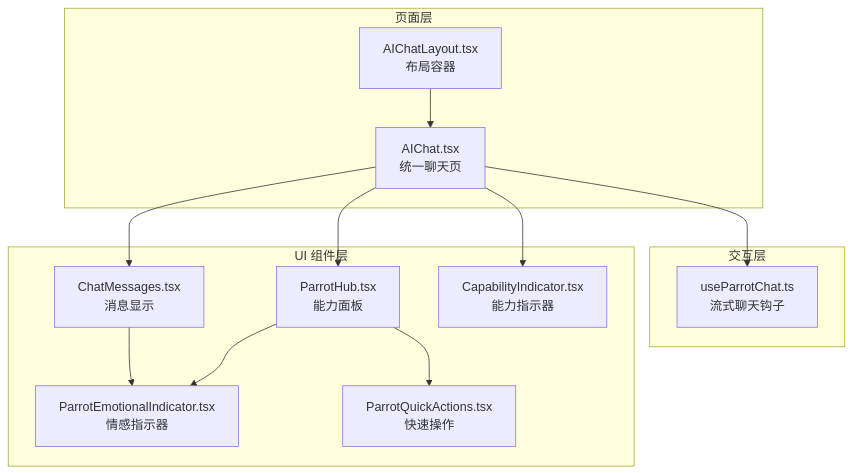
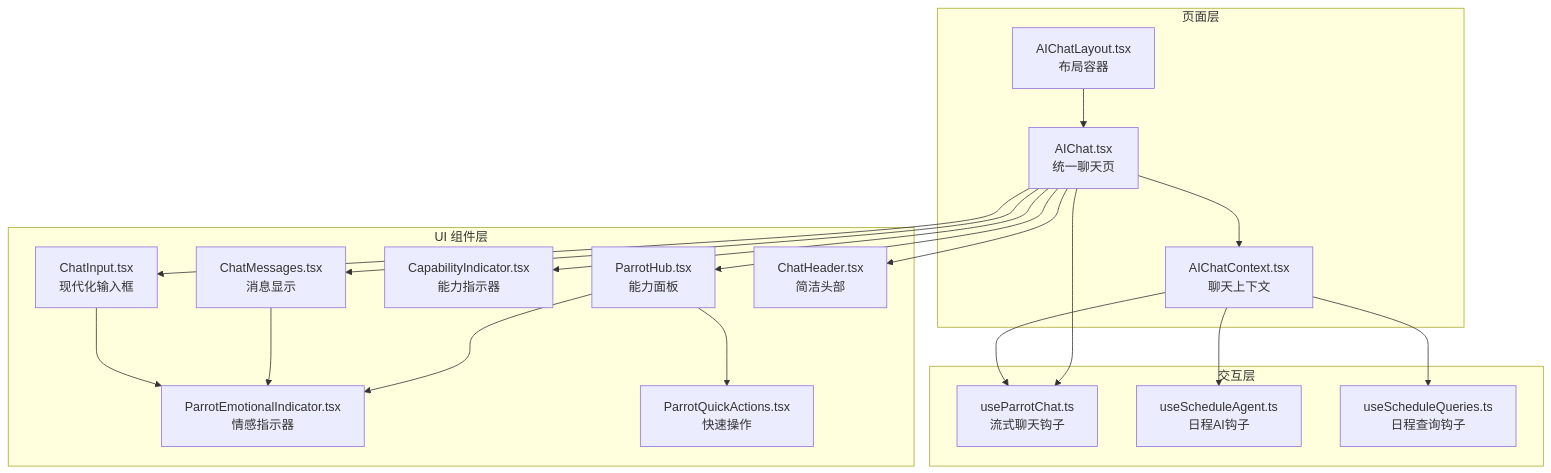
Before and after one commit to hrygo/memos: the first of 6 diagrams in .qoder/repowiki/zh/content/UI 组件库/AI 聊天组件/AI 聊天组件.md, drawn with Mermaid. The commit also changed other lines of this file and 29 other files, not shown here.

````diff
--- a/.qoder/repowiki/zh/content/UI 组件库/AI 聊天组件/AI 聊天组件.md
+++ b/.qoder/repowiki/zh/content/UI 组件库/AI 聊天组件/AI 聊天组件.md
@@ -33,25 +56,37 @@
 ```mermaid
 graph TB
 subgraph "页面层"
 AIChatPage["AIChat.tsx<br/>统一聊天页"]
 Layout["AIChatLayout.tsx<br/>布局容器"]
+Context["AIChatContext.tsx<br/>聊天上下文"]
 end
 subgraph "交互层"
 Hook["useParrotChat.ts<br/>流式聊天钩子"]
+ScheduleHook["useScheduleAgent.ts<br/>日程AI钩子"]
+ScheduleQueries["useScheduleQueries.ts<br/>日程查询钩子"]
 end
 subgraph "UI 组件层"
 Msg["ChatMessages.tsx<br/>消息显示"]
 Hub["ParrotHub.tsx<br/>能力面板"]
 Emo["ParrotEmotionalIndicator.tsx<br/>情感指示器"]
 Quick["ParrotQuickActions.tsx<br/>快速操作"]
 CapInd["CapabilityIndicator.tsx<br/>能力指示器"]
+Input["ChatInput.tsx<br/>现代化输入框"]
+Header["ChatHeader.tsx<br/>简洁头部"]
 end
 Layout --> AIChatPage
 AIChatPage --> Msg
 AIChatPage --> Hub
 AIChatPage --> Hook
 AIChatPage --> CapInd
+AIChatPage --> Input
+AIChatPage --> Header
+AIChatPage --> Context
 Hub --> Emo
 Hub --> Quick
 Msg --> Emo
+Input --> Emo
+Context --> Hook
+Context --> ScheduleHook
+Context --> ScheduleQueries
 ```
````
